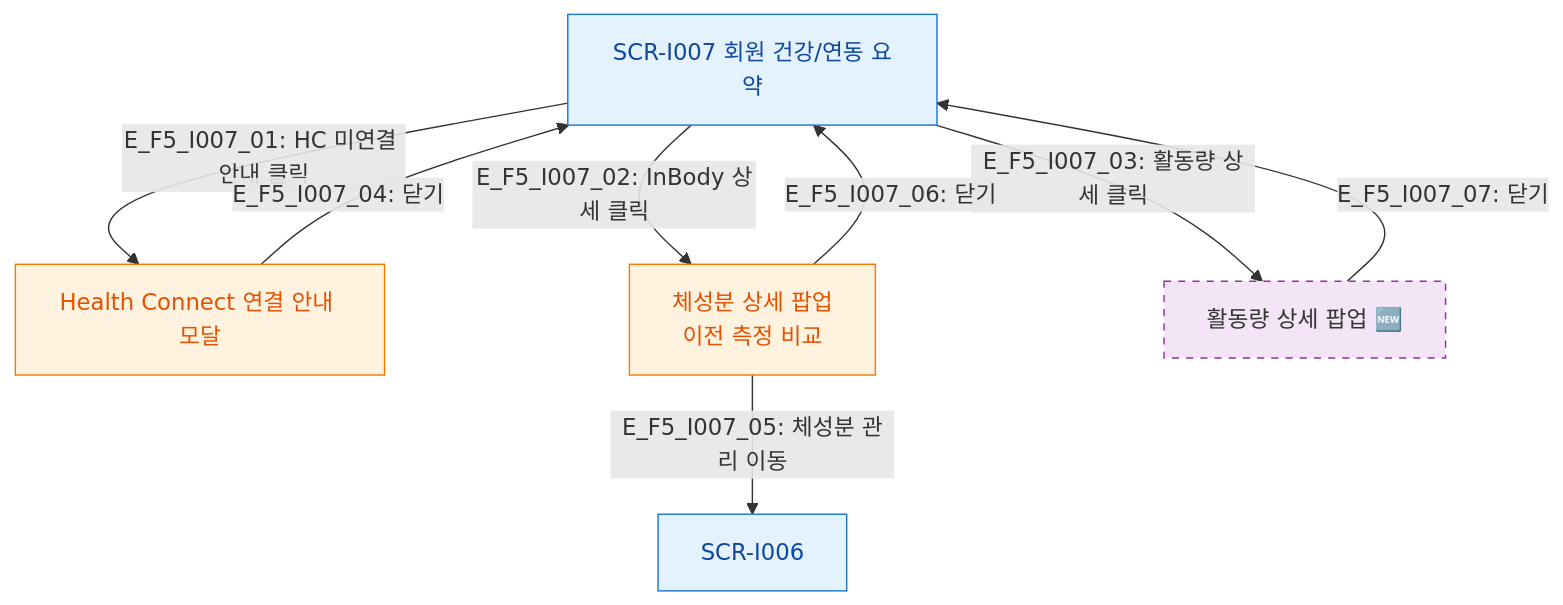
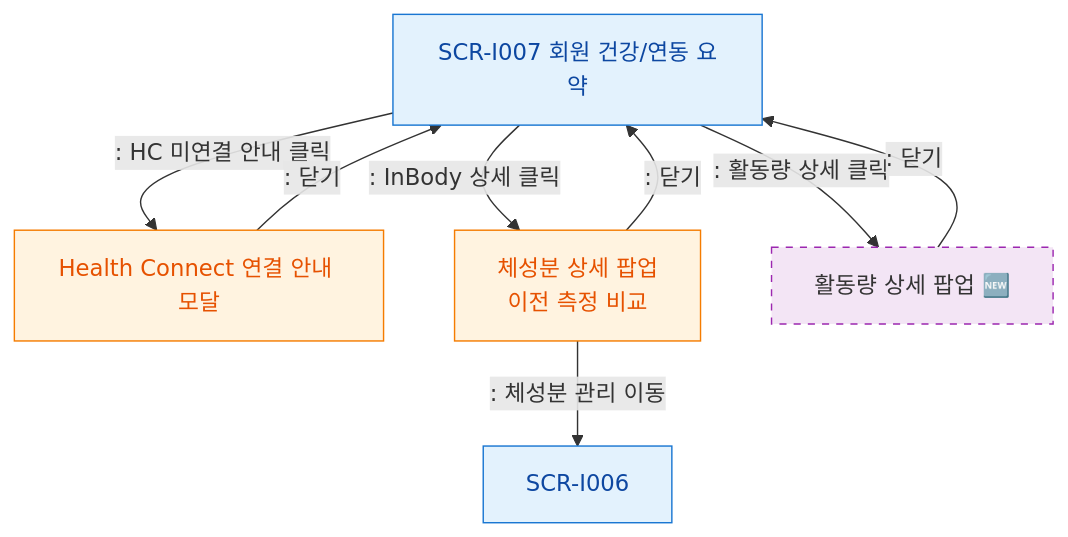
One commit to dev-spogym/admin-pando changed the diagram in docs/다이어그램/D11_통합운영/SCR-I007_회원건강연동요약/F5_모달트리거.md. Above: the diagram before and after it, drawn with Mermaid. The commit also changed other lines of this file and 1660 other files, not shown here.

First line of the commit message:
다이어그램: 기획자/클라이언트 납품본으로 정리

````diff
--- a/docs/다이어그램/D11_통합운영/SCR-I007_회원건강연동요약/F5_모달트리거.md
+++ b/docs/다이어그램/D11_통합운영/SCR-I007_회원건강연동요약/F5_모달트리거.md
@@ -16,20 +14,20 @@
 ```mermaid
 flowchart TD
     SCR_I007[SCR-I007 회원 건강/연동 요약]
 
-    SCR_I007 -->|"E_F5_I007_01: HC 미연결 안내 클릭"| DLG_HC[Health Connect 연결 안내 모달]
-    SCR_I007 -->|"E_F5_I007_02: InBody 상세 클릭"| DLG_INBODY[체성분 상세 팝업\n이전 측정 비교]
-    SCR_I007 -->|"E_F5_I007_03: 활동량 상세 클릭"| DLG_ACTIVITY[활동량 상세 팝업 🆕]
+    SCR_I007 -->|": HC 미연결 안내 클릭"|DLG_HC[Health Connect 연결 안내 모달]
+    SCR_I007 -->|": InBody 상세 클릭"|DLG_INBODY[체성분 상세 팝업\n이전 측정 비교]
+    SCR_I007 -->|": 활동량 상세 클릭"|DLG_ACTIVITY[활동량 상세 팝업 🆕]
 
-    DLG_HC -->|"E_F5_I007_04: 닫기"| SCR_I007
-    DLG_INBODY -->|"E_F5_I007_05: 체성분 관리 이동"| SCR_I006[SCR-I006]
-    DLG_INBODY -->|"E_F5_I007_06: 닫기"| SCR_I007
-    DLG_ACTIVITY -->|"E_F5_I007_07: 닫기"| SCR_I007
+    DLG_HC -->|": 닫기"|SCR_I007
+    DLG_INBODY -->|": 체성분 관리 이동"|SCR_I006[SCR-I006]
+    DLG_INBODY -->|": 닫기"|SCR_I007
+    DLG_ACTIVITY -->|": 닫기"|SCR_I007
 
-    classDef screen       fill:#E3F2FD,stroke:#1976D2,color:#0D47A1
-    classDef modal        fill:#FFF3E0,stroke:#F57C00,color:#E65100
-    classDef newFeature   fill:#F3E5F5,stroke:#9C27B0,stroke-dasharray:5 5
+    classDef screen fill:#E3F2FD,stroke:#1976D2,color:#0D47A1
+    classDef modal fill:#FFF3E0,stroke:#F57C00,color:#E65100
+    classDef newFeature fill:#F3E5F5,stroke:#9C27B0,stroke-dasharray:5 5
     class SCR_I007,SCR_I006 screen
     class DLG_HC,DLG_INBODY modal
     class DLG_ACTIVITY newFeature
 ```
````
